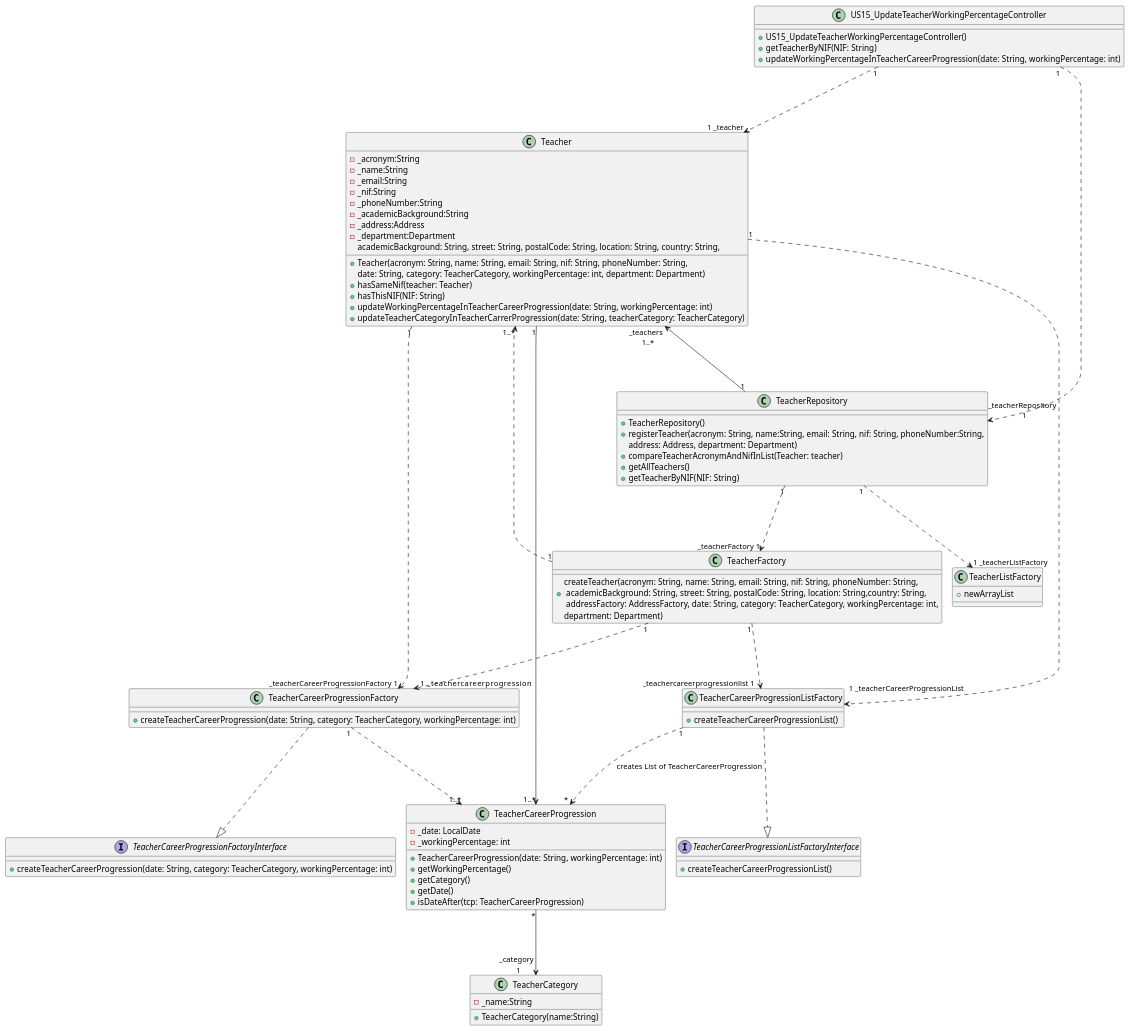
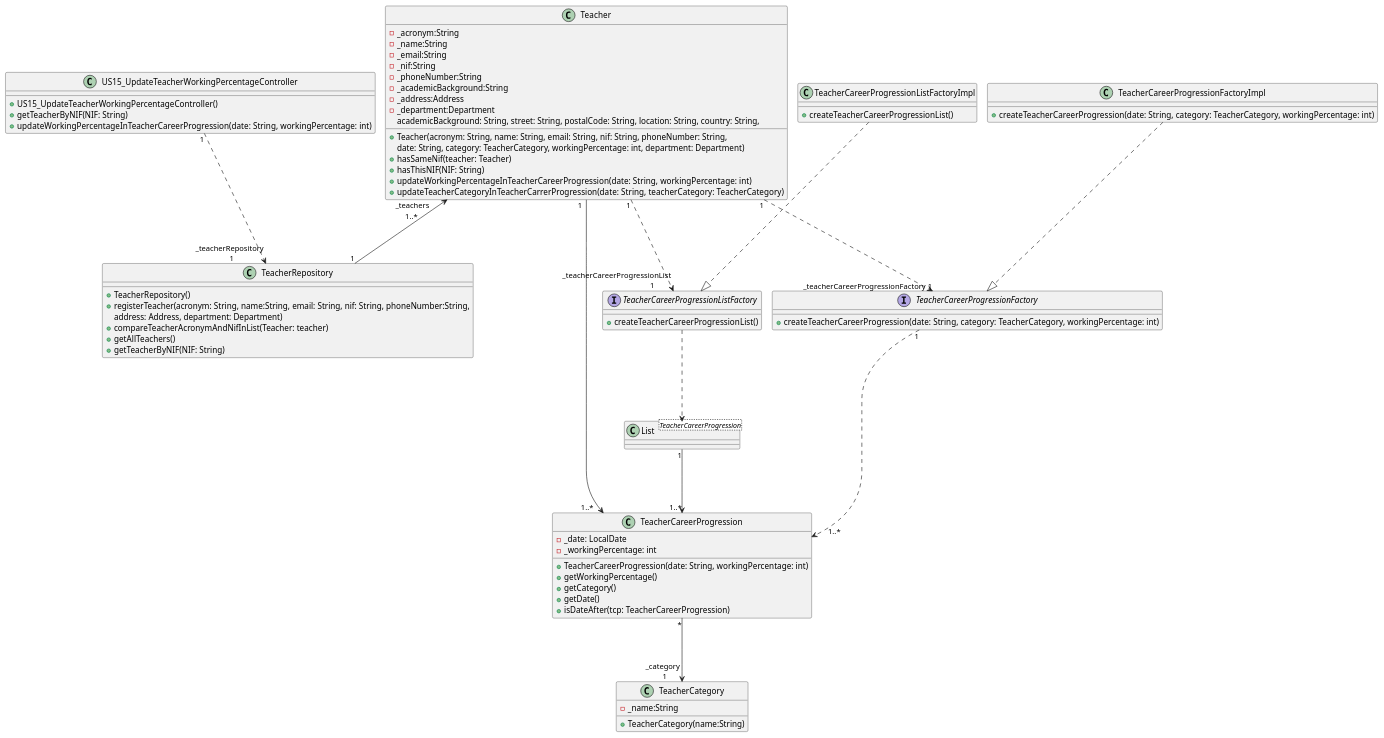
One commit to GasparISEP/DevOps-PAI changed the diagram in docs/US15/US15_ClassDiagram.puml. Above: the diagram before and after it, drawn with PlantUML. The commit also changed 1 other file, not shown here.

Commit message:
Changes to TeacherTest + changes to US15_ClassDiagram

```diff
--- a/docs/US15/US15_ClassDiagram.puml
+++ b/docs/US15/US15_ClassDiagram.puml
@@ -1,96 +1,85 @@
 @startuml
 
 !pragma layout smetana
 'left to right direction
 
 class US15_UpdateTeacherWorkingPercentageController {
     +US15_UpdateTeacherWorkingPercentageController()
     +getTeacherByNIF(NIF: String)
     +updateWorkingPercentageInTeacherCareerProgression(date: String, workingPercentage: int)
 }
 
 class Teacher {
      -_acronym:String
      -_name:String
      -_email:String
      -_nif:String
      -_phoneNumber:String
      -_academicBackground:String
      -_address:Address
      -_department:Department
      +Teacher(acronym: String, name: String, email: String, nif: String, phoneNumber: String,
      academicBackground: String, street: String, postalCode: String, location: String, country: String,
      date: String, category: TeacherCategory, workingPercentage: int, department: Department)
      +hasSameNif(teacher: Teacher)
      +hasThisNIF(NIF: String)
      +updateWorkingPercentageInTeacherCareerProgression(date: String, workingPercentage: int)
      +updateTeacherCategoryInTeacherCarrerProgression(date: String, teacherCategory: TeacherCategory)
 }
 
-class TeacherListFactory {
-     +newArrayList
-}
-
-class TeacherFactory {
-    +createTeacher(acronym: String, name: String, email: String, nif: String, phoneNumber: String, \n academicBackground: String, street: String, postalCode: String, location: String,country: String, \n addressFactory: AddressFactory, date: String, category: TeacherCategory, workingPercentage: int,
-department: Department)
-}
-
 class TeacherCareerProgression {
     -_date: LocalDate
     -_workingPercentage: int
     +TeacherCareerProgression(date: String, workingPercentage: int)
     +getWorkingPercentage()
     +getCategory()
     +getDate()
     +isDateAfter(tcp: TeacherCareerProgression)
 }
 
 class TeacherRepository {
     +TeacherRepository()
     +registerTeacher(acronym: String, name:String, email: String, nif: String, phoneNumber:String,
                           address: Address, department: Department)
     +compareTeacherAcronymAndNifInList(Teacher: teacher)
     +getAllTeachers()
     +getTeacherByNIF(NIF: String)
 }
 
 class TeacherCategory {
     -_name:String
     + TeacherCategory(name:String)
 }
 
-class TeacherCareerProgressionFactory {
+class TeacherCareerProgressionFactoryImpl {
     +createTeacherCareerProgression(date: String, category: TeacherCategory, workingPercentage: int)
 }
 
-interface TeacherCareerProgressionFactoryInterface {
+interface TeacherCareerProgressionFactory {
     +createTeacherCareerProgression(date: String, category: TeacherCategory, workingPercentage: int)
 }
 
-class TeacherCareerProgressionListFactory {
+class TeacherCareerProgressionListFactoryImpl {
     +createTeacherCareerProgressionList()
 }
 
-interface TeacherCareerProgressionListFactoryInterface {
+interface TeacherCareerProgressionListFactory {
     +createTeacherCareerProgressionList()
 }
 
+class List<TeacherCareerProgression> {
+}
+
 US15_UpdateTeacherWorkingPercentageController "1" ....> "_teacherRepository \n 1" TeacherRepository
-Teacher "_teachers \n 1..*" <---- "1" TeacherRepository
-Teacher "1" ----> "\n 1..*" TeacherCareerProgression
-TeacherFactory "1" ....> "1..*" Teacher
-TeacherFactory "1" ....> "   1      _teachercareerprogression" TeacherCareerProgressionFactory
-TeacherFactory "1" ....> "    _teachercareerprogressionlist 1   " TeacherCareerProgressionListFactory
-TeacherRepository "1" ....> "_teacherFactory 1" TeacherFactory
+Teacher "_teachers         \n 1..*           " <---- "1" TeacherRepository
+Teacher "1  " ----> "\n 1..*     " TeacherCareerProgression
 TeacherCareerProgression "*" ----> "_category \n 1" TeacherCategory
-Teacher "1" ....> " _teacherCareerProgressionFactory 1" TeacherCareerProgressionFactory
-TeacherCareerProgressionFactory "1" ....> "1..*" TeacherCareerProgression
-Teacher "1" ....> "  1 _teacherCareerProgressionList \n" TeacherCareerProgressionListFactory
-TeacherCareerProgressionFactory ....|> TeacherCareerProgressionFactoryInterface
-TeacherCareerProgressionListFactory ....|> TeacherCareerProgressionListFactoryInterface
-TeacherCareerProgressionListFactory "1" ....> " * " TeacherCareerProgression: creates List of TeacherCareerProgression
-TeacherRepository "1" ....> "1 _teacherListFactory" TeacherListFactory
-US15_UpdateTeacherWorkingPercentageController "1"....> " 1 _teacher" Teacher
+Teacher "1" ....> "_teacherCareerProgressionFactory 1" TeacherCareerProgressionFactory
+TeacherCareerProgressionFactory "1" ....> "   \n        1..*" TeacherCareerProgression
+Teacher "1" ....> "  _teacherCareerProgressionList \n                                     1" TeacherCareerProgressionListFactory
+TeacherCareerProgressionFactoryImpl ....|> TeacherCareerProgressionFactory
+TeacherCareerProgressionListFactoryImpl ....|> TeacherCareerProgressionListFactory
+TeacherCareerProgressionListFactory ....> List
+List "1" ----> "1..*" TeacherCareerProgression
 
 @enduml
```
